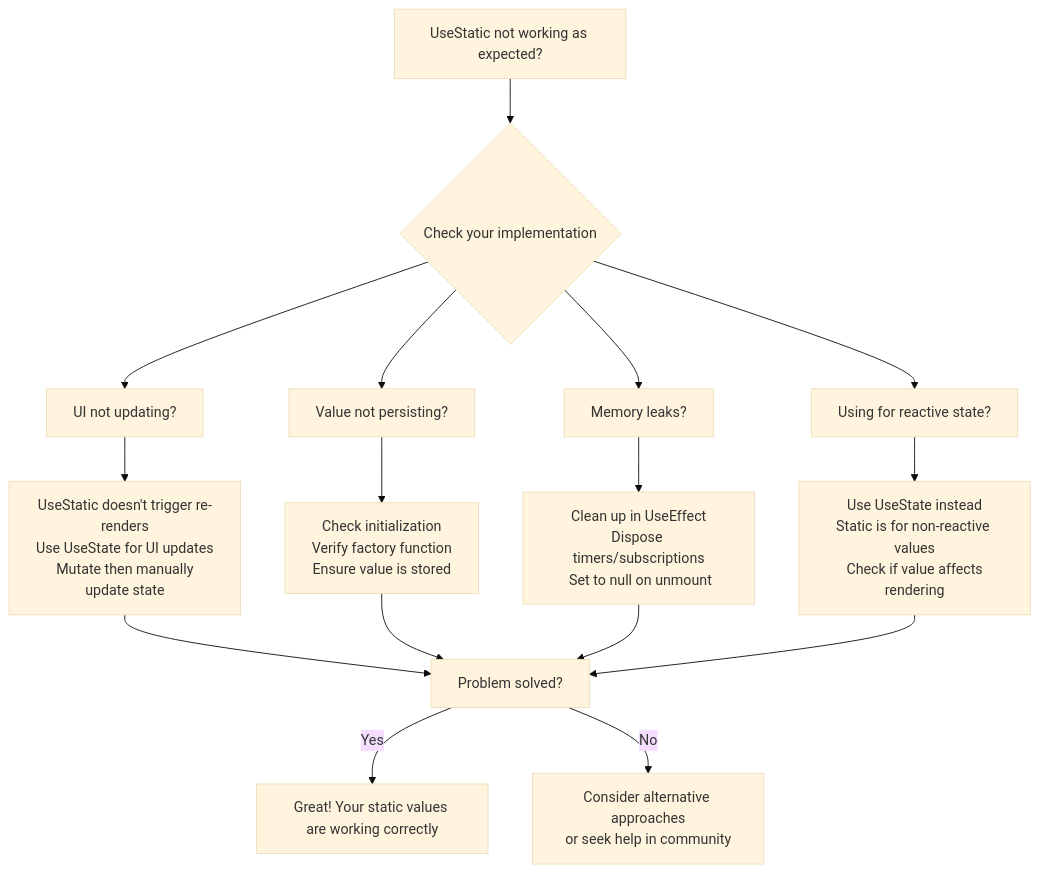
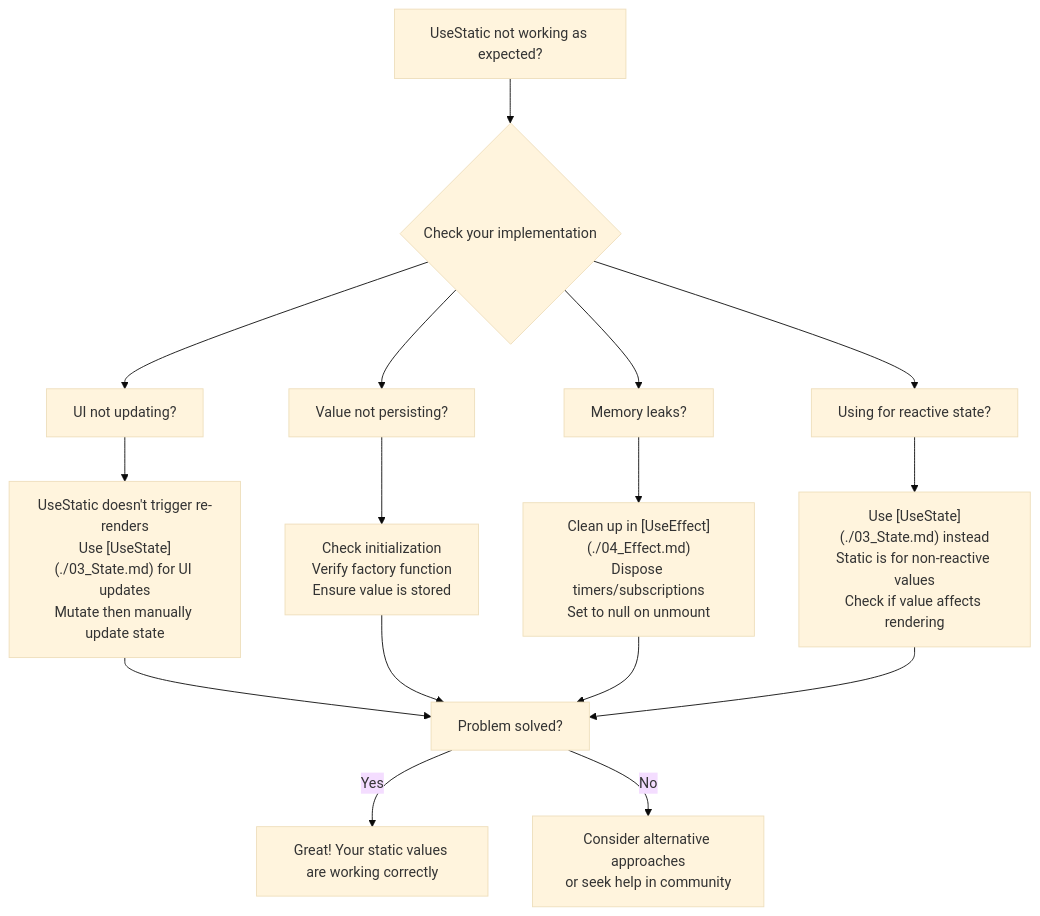
One commit to Ivy-Interactive/Ivy-Framework changed the third of 3 diagrams in Ivy.Docs.Shared/Docs/04_Hooks/08_Static.md. Above: the diagram before and after it, drawn with Mermaid (base theme). The commit also changed other lines of this file and 5 other files, not shown here.

````diff
--- a/Ivy.Docs.Shared/Docs/04_Hooks/08_Static.md
+++ b/Ivy.Docs.Shared/Docs/04_Hooks/08_Static.md
@@ -254,22 +254,22 @@
 ```mermaid
 flowchart TD
     A["UseStatic not working as expected?"] --> B{Check your implementation}
     
     B --> C["UI not updating?"]
     B --> D["Value not persisting?"]
     B --> E["Memory leaks?"]
     B --> F["Using for reactive state?"]
     
-    C --> C1["UseStatic doesn't trigger re-renders<br/>Use UseState for UI updates<br/> Mutate then manually update state"]
+    C --> C1["UseStatic doesn't trigger re-renders<br/>Use [UseState](./03_State.md) for UI updates<br/>Mutate then manually update state"]
     D --> D1["Check initialization<br/>Verify factory function<br/> Ensure value is stored"]
-    E --> E1["Clean up in UseEffect<br/>Dispose timers/subscriptions<br/> Set to null on unmount"]
-    F --> F1["Use UseState instead<br/>Static is for non-reactive values<br/> Check if value affects rendering"]
+    E --> E1["Clean up in [UseEffect](./04_Effect.md)<br/>Dispose timers/subscriptions<br/>Set to null on unmount"]
+    F --> F1["Use [UseState](./03_State.md) instead<br/>Static is for non-reactive values<br/>Check if value affects rendering"]
     
     C1 --> G["Problem solved?"]
     D1 --> G
     E1 --> G
     F1 --> G
     
     G -->|Yes| H["Great! Your static values are working correctly"]
     G -->|No| I["Consider alternative approaches<br/>or seek help in community"]
 ```
````
